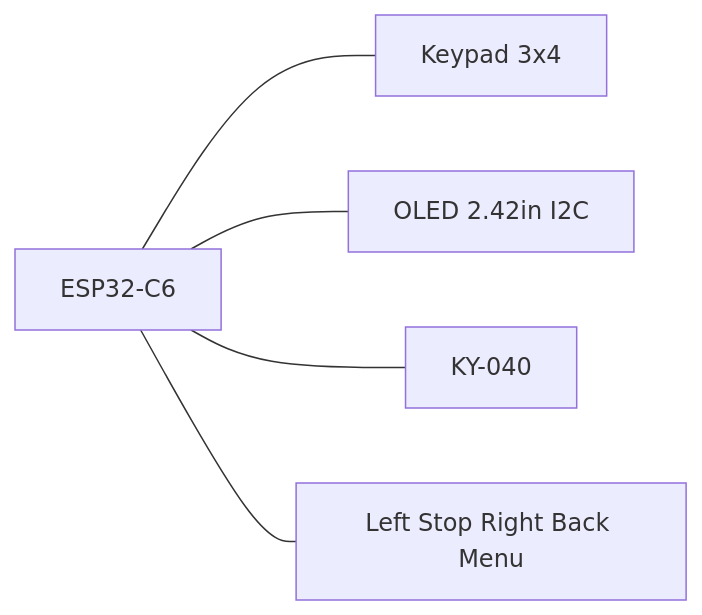
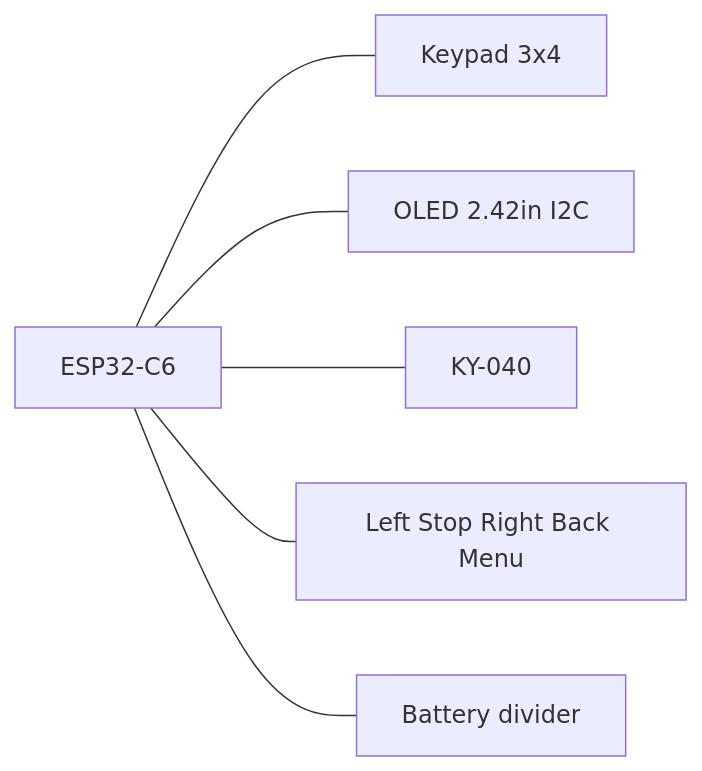
The diagram in docs/hardware/markwtech.md (dcc-bigfred/longfred), drawn with Mermaid before and after one commit. The commit also changed other lines of this file and 3 other files, not shown here.

````diff
--- a/docs/hardware/markwtech.md
+++ b/docs/hardware/markwtech.md
@@ -58,7 +52,8 @@
 ```mermaid
 flowchart LR
   ESP[ESP32-C6] --- KP[Keypad 3x4]
   ESP --- OLED[OLED 2.42in I2C]
   ESP --- ENC[KY-040]
   ESP --- EXTRA[Left Stop Right Back Menu]
+  ESP --- BAT[Battery divider]
 ```
````
